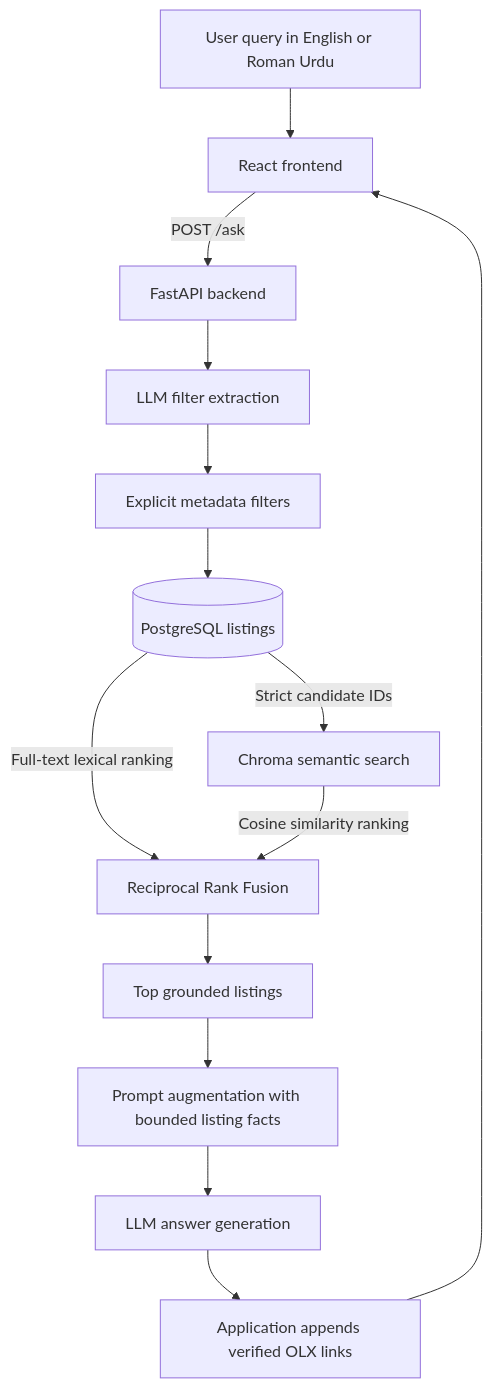
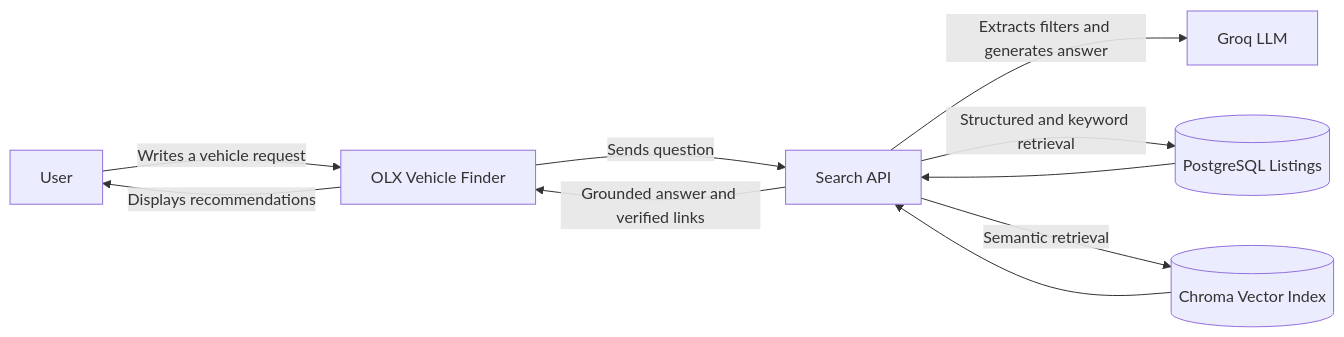
The first of 4 diagrams in README.md (abd-04/olx_rag), drawn with Mermaid before and after one commit. The commit also changed other lines of this file, not shown here.

Commit message:
Rewrite README with C4 deployment diagrams

````diff
--- a/README.md
+++ b/README.md
@@ -40,16 +47,12 @@
 ```mermaid
-flowchart TD
-    U[User query in English or Roman Urdu] --> FE[React frontend]
-    FE -->|POST /ask| API[FastAPI backend]
-    API --> FX[LLM filter extraction]
-    FX --> MF[Explicit metadata filters]
-    MF --> SQL[(PostgreSQL listings)]
-    SQL -->|Strict candidate IDs| VS[Chroma semantic search]
-    SQL -->|Full-text lexical ranking| RRF[Reciprocal Rank Fusion]
-    VS -->|Cosine similarity ranking| RRF
-    RRF --> TOP[Top grounded listings]
-    TOP --> AUG[Prompt augmentation with bounded listing facts]
-    AUG --> GEN[LLM answer generation]
-    GEN --> LINKS[Application appends verified OLX links]
-    LINKS --> FE
+flowchart LR
+    U[User] -->|Writes a vehicle request| UI[OLX Vehicle Finder]
+    UI -->|Sends question| API[Search API]
+    API -->|Extracts filters and generates answer| LLM[Groq LLM]
+    API -->|Structured and keyword retrieval| PG[(PostgreSQL Listings)]
+    API -->|Semantic retrieval| CH[(Chroma Vector Index)]
+    PG --> API
+    CH --> API
+    API -->|Grounded answer and verified links| UI
+    UI -->|Displays recommendations| U
 ```
````
